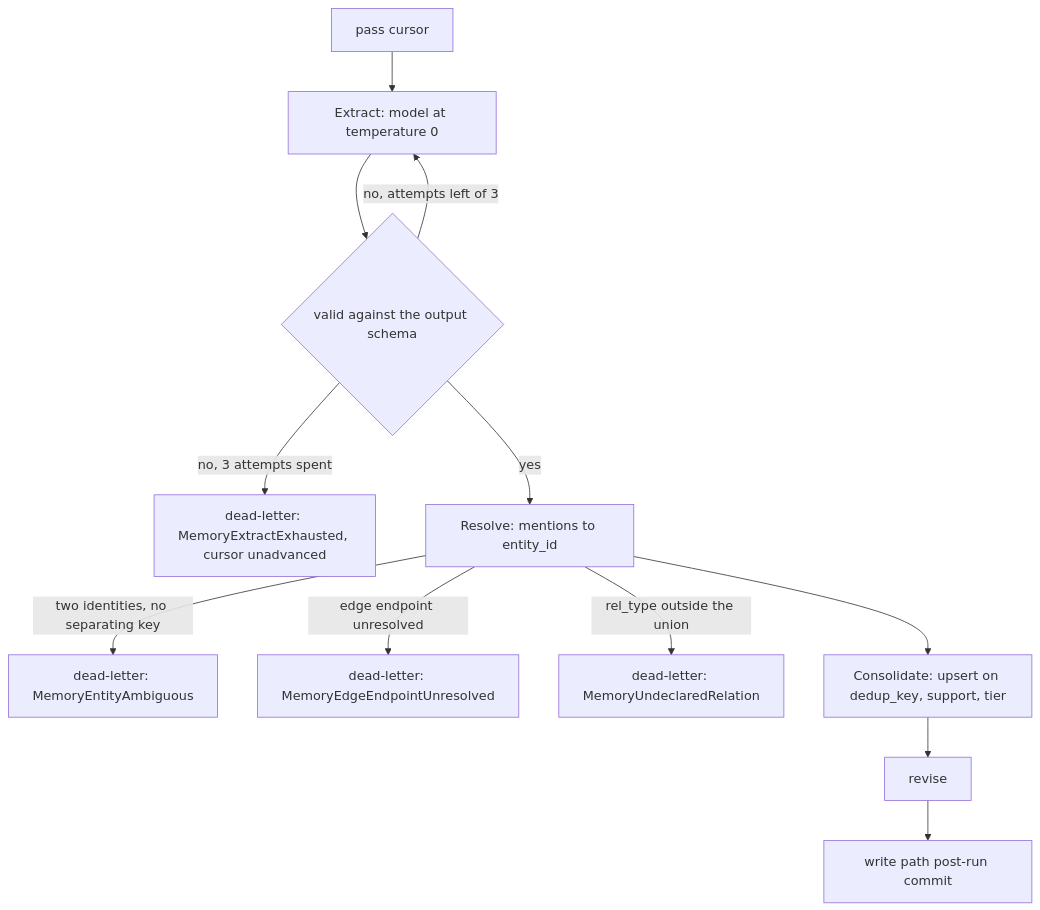
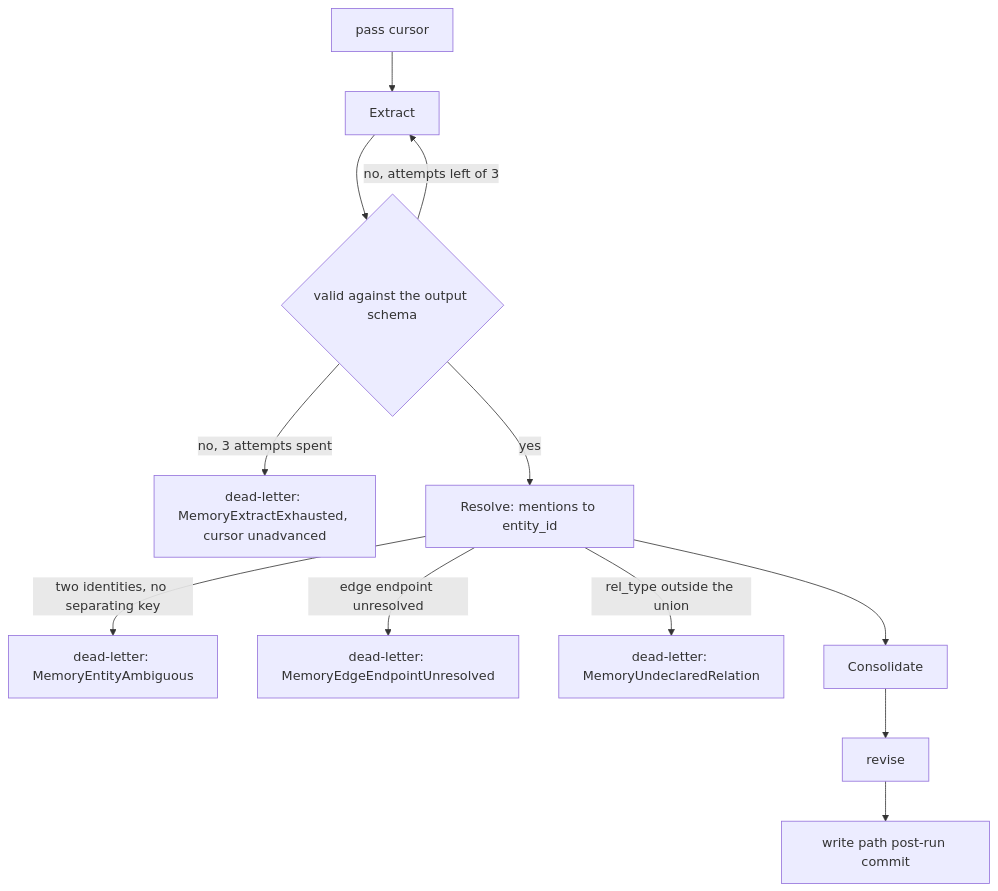
Before and after one commit to fractalboxdev/contextful: the second of 4 diagrams in spec/21-memory.md, drawn with Mermaid. The commit also changed other lines of this file and 7 other files, not shown here.

````diff
--- a/spec/21-memory.md
+++ b/spec/21-memory.md
@@ -55,14 +55,14 @@
 ```mermaid
 flowchart TD
-  CUR["pass cursor"] --> EX["Extract: model at temperature 0"]
+  CUR["pass cursor"] --> EX["Extract"]
   EX --> VAL{"valid against the output schema"}
   VAL -- "no, attempts left of 3" --> EX
   VAL -- "no, 3 attempts spent" --> DL1["dead-letter: MemoryExtractExhausted, cursor unadvanced"]
   VAL -- "yes" --> RS["Resolve: mentions to entity_id"]
   RS -- "two identities, no separating key" --> DL2["dead-letter: MemoryEntityAmbiguous"]
   RS -- "edge endpoint unresolved" --> DL3["dead-letter: MemoryEdgeEndpointUnresolved"]
   RS -- "rel_type outside the union" --> DL4["dead-letter: MemoryUndeclaredRelation"]
-  RS --> CO["Consolidate: upsert on dedup_key, support, tier"]
+  RS --> CO["Consolidate"]
   CO --> RV["revise"]
   RV --> CM["write path post-run commit"]
 ```
````
